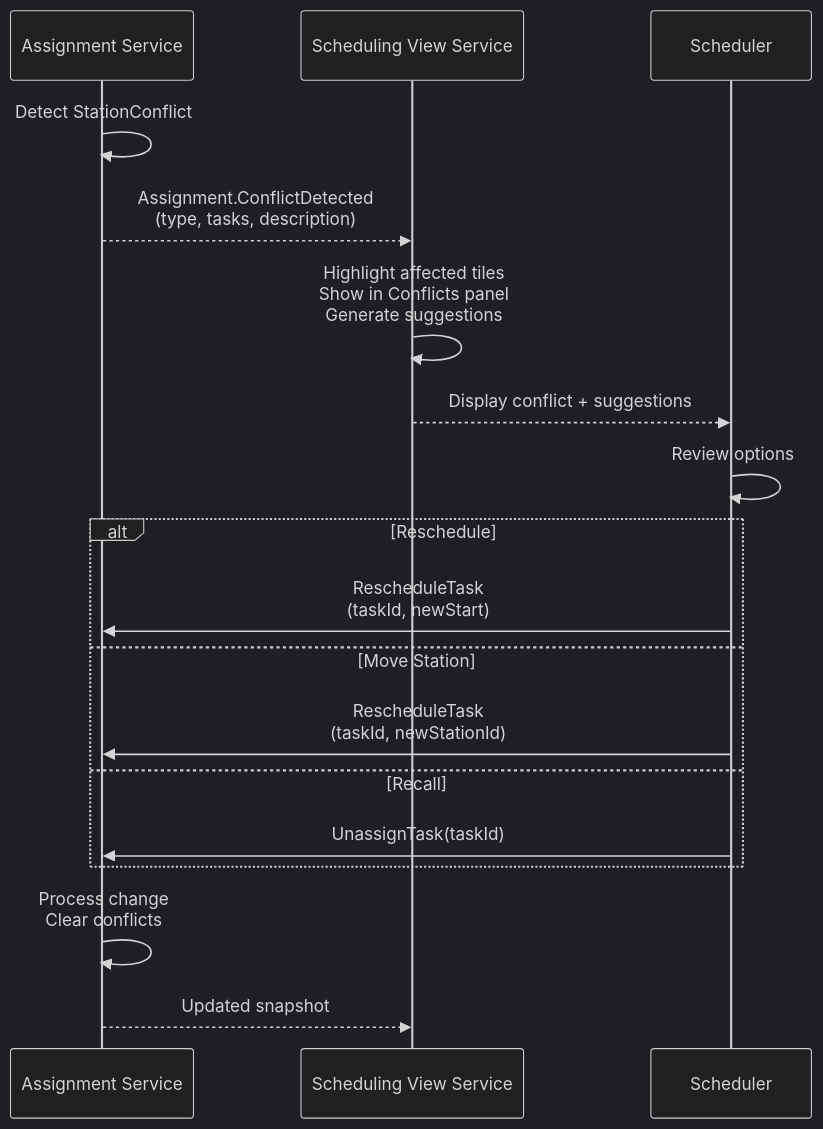
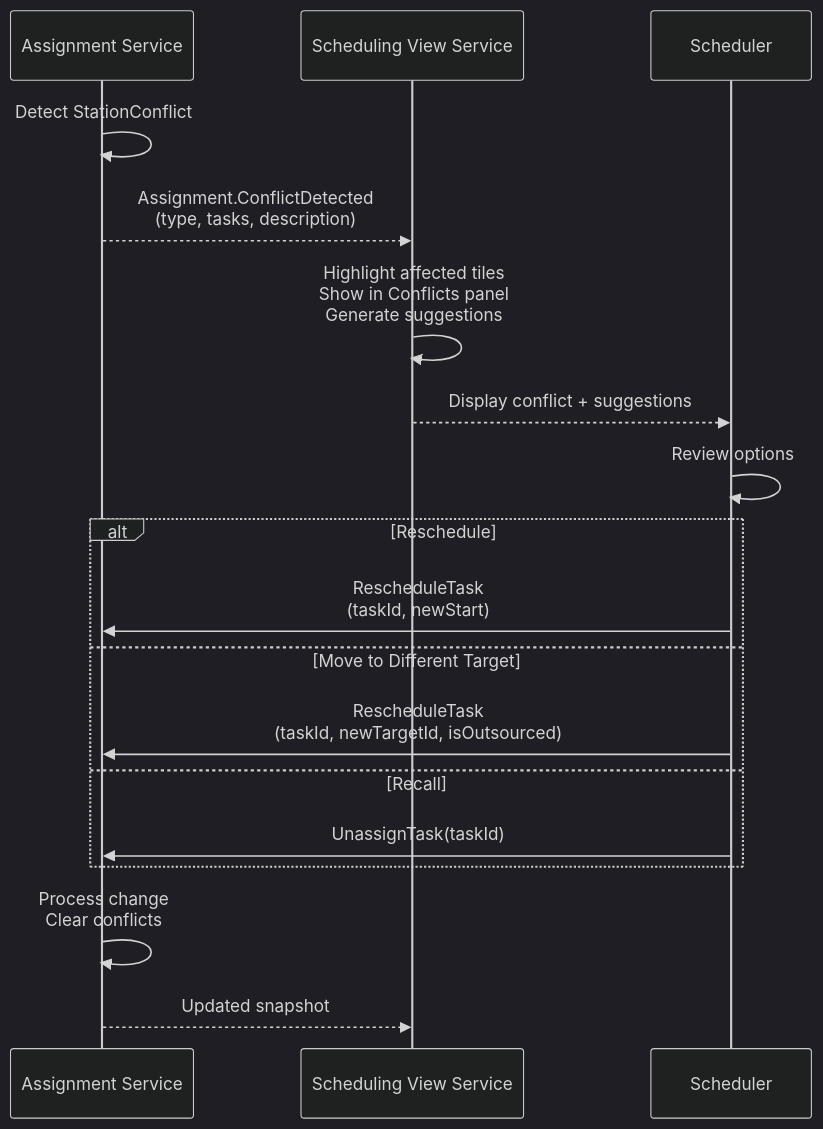
One commit to ikadar/ewlin changed the eighth of 11 diagrams in docs/architecture/sequence-design.md. Above: the diagram before and after it, drawn with Mermaid (dark theme). The commit also changed other lines of this file and 539 other files, not shown here.

````diff
--- a/docs/architecture/sequence-design.md
+++ b/docs/architecture/sequence-design.md
@@ -451,21 +451,21 @@
 ```mermaid
 sequenceDiagram
     participant Assignment as Assignment Service
     participant View as Scheduling View Service
     participant Scheduler
 
     Assignment->>Assignment: Detect StationConflict
     Assignment-->>View: Assignment.ConflictDetected<br>(type, tasks, description)
     View->>View: Highlight affected tiles<br>Show in Conflicts panel<br>Generate suggestions
     View-->>Scheduler: Display conflict + suggestions
     Scheduler->>Scheduler: Review options
     alt Reschedule
         Scheduler->>Assignment: RescheduleTask<br>(taskId, newStart)
-    else Move Station
-        Scheduler->>Assignment: RescheduleTask<br>(taskId, newStationId)
+    else Move to Different Target
+        Scheduler->>Assignment: RescheduleTask<br>(taskId, newTargetId, isOutsourced)
     else Recall
         Scheduler->>Assignment: UnassignTask(taskId)
     end
     Assignment->>Assignment: Process change<br>Clear conflicts
     Assignment-->>View: Updated snapshot
 ```
````
